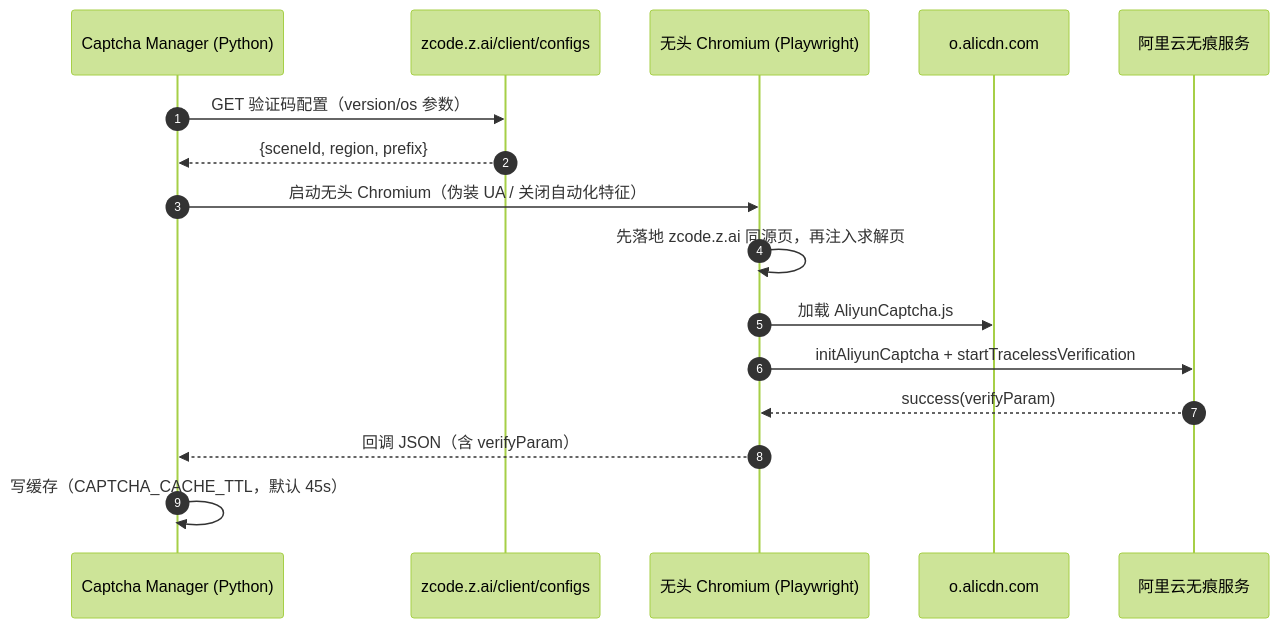
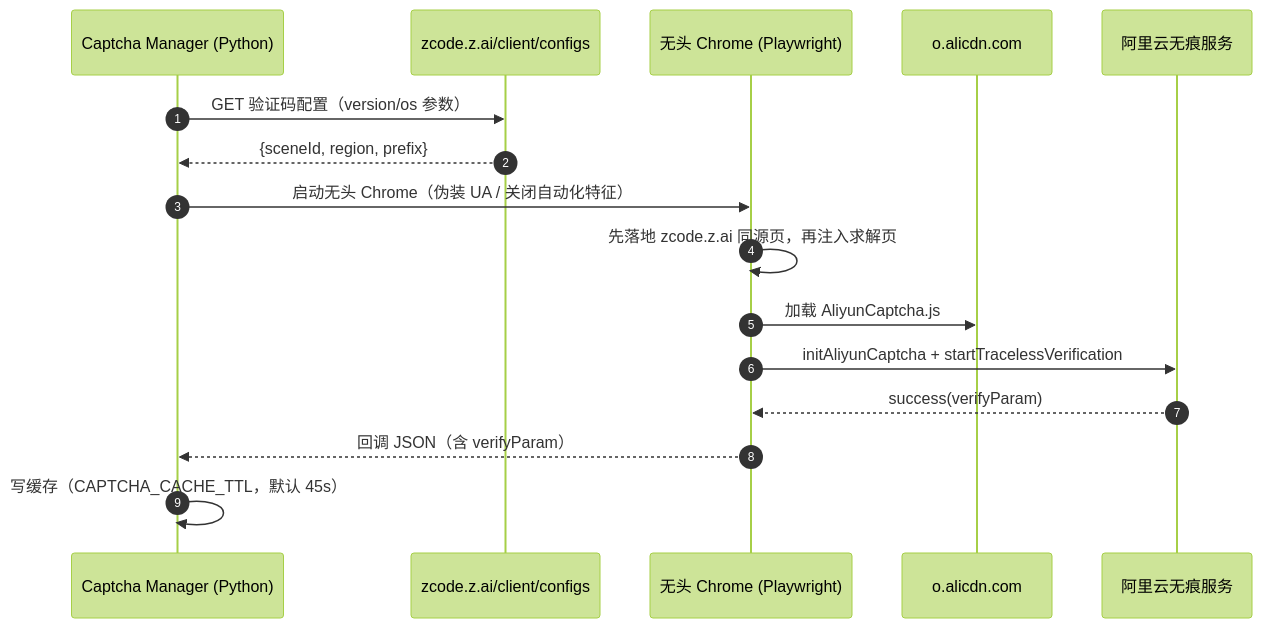
One commit to linlong5201314/zcode2api changed the fourth of 4 diagrams in docs/ARCHITECTURE.md. Above: the diagram before and after it, drawn with Mermaid (forest theme). The commit also changed other lines of this file, not shown here.

Commit message:
docs: 架构文档同步真实 Chrome 方案

````diff
--- a/docs/ARCHITECTURE.md
+++ b/docs/ARCHITECTURE.md
@@ -213,19 +213,19 @@
 ```mermaid
 sequenceDiagram
     autonumber
     participant CM as Captcha Manager (Python)
     participant CFG as zcode.z.ai/client/configs
-    participant BR as 无头 Chromium (Playwright)
+    participant BR as 无头 Chrome (Playwright)
     participant CDN as o.alicdn.com
     participant ALI as 阿里云无痕服务
 
     CM->>CFG: GET 验证码配置（version/os 参数）
     CFG-->>CM: {sceneId, region, prefix}
-    CM->>BR: 启动无头 Chromium（伪装 UA / 关闭自动化特征）
+    CM->>BR: 启动无头 Chrome（伪装 UA / 关闭自动化特征）
     BR->>BR: 先落地 zcode.z.ai 同源页，再注入求解页
     BR->>CDN: 加载 AliyunCaptcha.js
     BR->>ALI: initAliyunCaptcha + startTracelessVerification
     ALI-->>BR: success(verifyParam)
     BR-->>CM: 回调 JSON（含 verifyParam）
     CM->>CM: 写缓存（CAPTCHA_CACHE_TTL，默认 45s）
 ```
````
